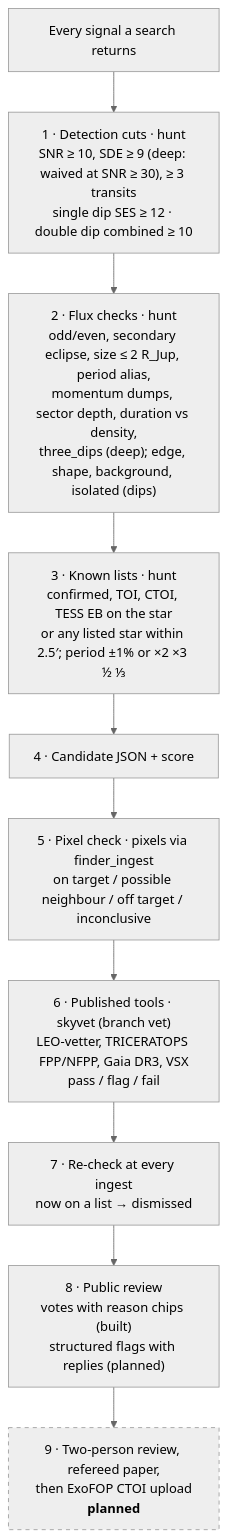
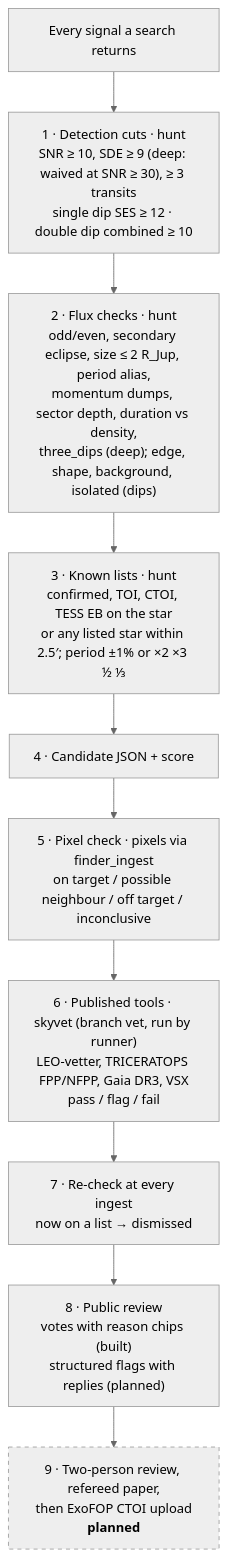
Before and after one commit to anastasiadisfoivos-hub/planet-hunter: the sixth of 6 diagrams in docs/architecture/ARCHITECTURE.md, drawn with Mermaid (neutral theme). The commit also changed other lines of this file and 1 other file, not shown here.

First line of the commit message:
[DOCS] Nightly flow and status now match origin/runner

````diff
--- a/docs/architecture/ARCHITECTURE.md
+++ b/docs/architecture/ARCHITECTURE.md
@@ -337,16 +384,16 @@
 ```mermaid
 flowchart TB
     S["Every signal a search returns"] --> C1
     C1["1 · Detection cuts · hunt<br/>SNR ≥ 10, SDE ≥ 9 (deep: waived at SNR ≥ 30), ≥ 3 transits<br/>single dip SES ≥ 12 · double dip combined ≥ 10"] --> C2
     C2["2 · Flux checks · hunt<br/>odd/even, secondary eclipse, size ≤ 2 R_Jup, period alias,<br/>momentum dumps, sector depth, duration vs density,<br/>three_dips (deep); edge, shape, background, isolated (dips)"] --> C3
     C3["3 · Known lists · hunt<br/>confirmed, TOI, CTOI, TESS EB on the star<br/>or any listed star within 2.5′; period ±1% or ×2 ×3 ½ ⅓"] --> C4
     C4["4 · Candidate JSON + score"] --> C5
     C5["5 · Pixel check · pixels via finder_ingest<br/>on target / possible neighbour / off target / inconclusive"] --> C6
-    C6["6 · Published tools · skyvet (branch vet)<br/>LEO-vetter, TRICERATOPS FPP/NFPP, Gaia DR3, VSX<br/>pass / flag / fail"] --> C7
+    C6["6 · Published tools · skyvet (branch vet, run by runner)<br/>LEO-vetter, TRICERATOPS FPP/NFPP, Gaia DR3, VSX<br/>pass / flag / fail"] --> C7
     C7["7 · Re-check at every ingest<br/>now on a list → dismissed"] --> C8
     C8["8 · Public review<br/>votes with reason chips (built)<br/>structured flags with replies (planned)"] --> C9
     C9["9 · Two-person review, refereed paper,<br/>then ExoFOP CTOI upload<br/><b>planned</b>"]
 
     classDef planned stroke-dasharray: 5 5
     class C9 planned
 ```
````
